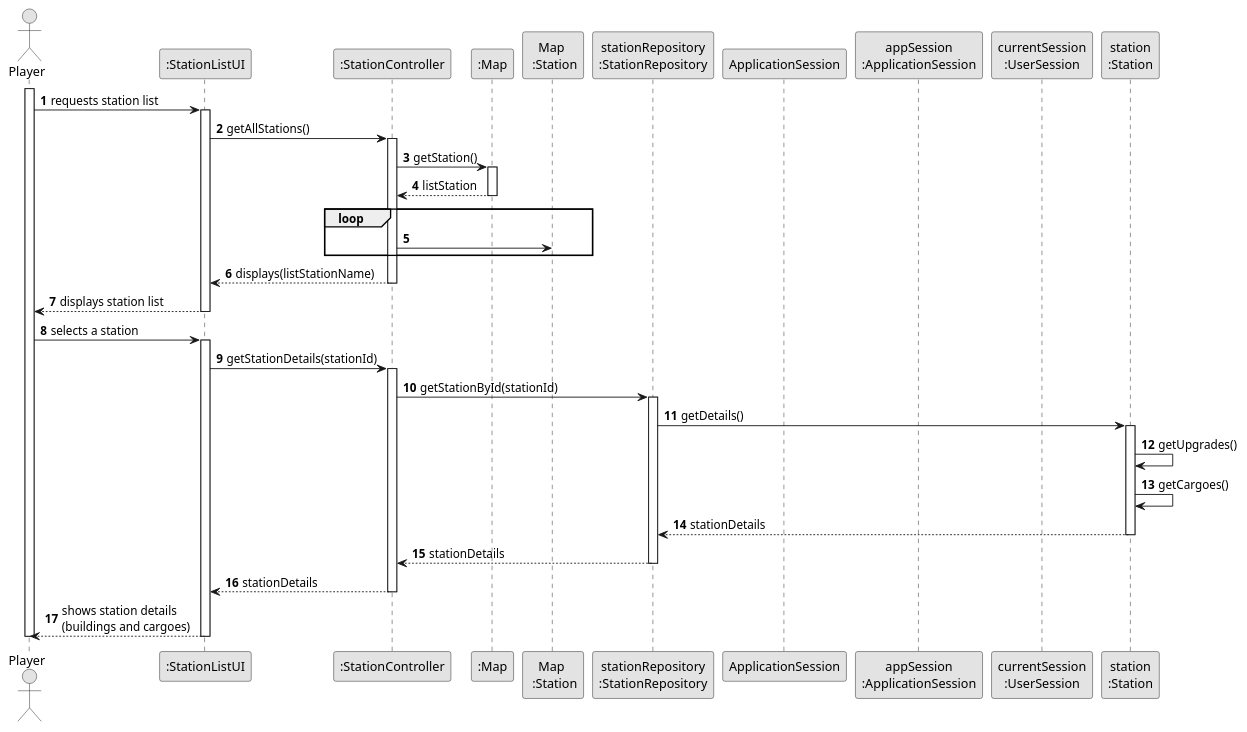
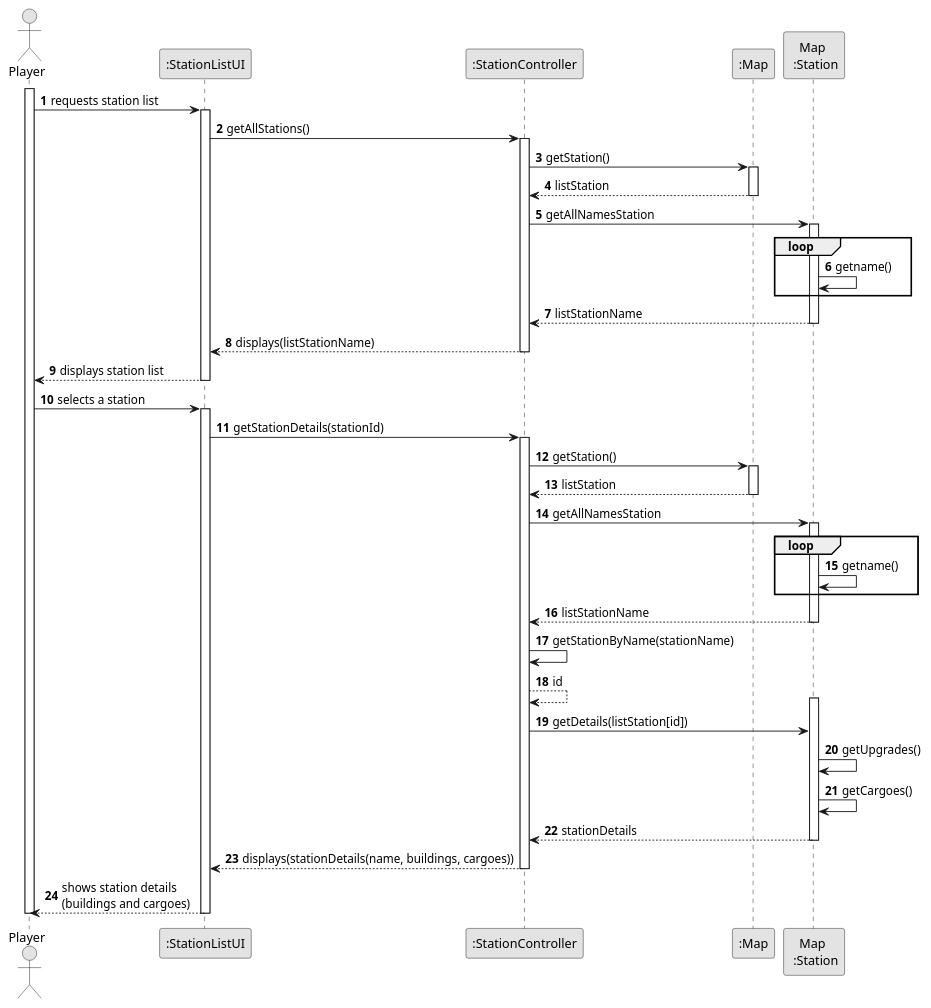
The diagram in docs/system-documentation/US007/03.design/puml/US007-SD-full.puml (1240826/empire-on-tracks), drawn with PlantUML before and after one commit. The commit also changed 1 other file, not shown here.

```diff
--- a/docs/system-documentation/US007/03.design/puml/US007-SD-full.puml
+++ b/docs/system-documentation/US007/03.design/puml/US007-SD-full.puml
@@ -1,65 +1,86 @@
 @startuml
 skinparam monochrome true
 skinparam packageStyle rectangle
 skinparam shadowing false
 
 autonumber
 
 actor "Player" as PLAYER
 participant ":StationListUI" as UI
 participant ":StationController" as CTRL
 participant ":Map" as REPOS
 participant "Map \n :Station" as REPOS_SINGLETON
-participant "stationRepository\n:StationRepository" as STATION_REPO
-participant "ApplicationSession" as APP_SESSION
-participant "appSession\n:ApplicationSession" as APP_SESSION_SINGLETON
-participant "currentSession\n:UserSession" as CURRENT_SESSION
-participant "station\n:Station" as STATION
+
+
 
 activate PLAYER
 
         PLAYER -> UI : requests station list
         activate UI
             UI -> CTRL : getAllStations()
             activate CTRL
                 CTRL -> REPOS : getStation()
                 activate REPOS
                     REPOS --> CTRL: listStation
                 deactivate REPOS
+
+                CTRL->REPOS_SINGLETON :getAllNamesStation
+                activate REPOS_SINGLETON
                 loop
-                CTRL->REPOS_SINGLETON:
+                REPOS_SINGLETON->REPOS_SINGLETON:getname()
                 end
+                REPOS_SINGLETON-->CTRL: listStationName
+
+                deactivate REPOS_SINGLETON
 
 
 
 
 
                 CTRL --> UI : displays(listStationName)
             deactivate CTRL
 
             UI --> PLAYER : displays station list
         deactivate UI
 
     PLAYER -> UI : selects a station
     activate UI
         UI -> CTRL : getStationDetails(stationId)
         activate CTRL
-            CTRL -> STATION_REPO : getStationById(stationId)
-            activate STATION_REPO
-                STATION_REPO -> STATION : getDetails()
-                activate STATION
-                    STATION -> STATION : getUpgrades()
-                    STATION -> STATION : getCargoes()
-                    STATION --> STATION_REPO : stationDetails
-                deactivate STATION
-                STATION_REPO --> CTRL : stationDetails
-            deactivate STATION_REPO
 
-            CTRL --> UI : stationDetails
+         CTRL -> REPOS : getStation()
+                        activate REPOS
+                            REPOS --> CTRL: listStation
+                        deactivate REPOS
+
+                        CTRL->REPOS_SINGLETON :getAllNamesStation
+                        activate REPOS_SINGLETON
+                        loop
+                        REPOS_SINGLETON->REPOS_SINGLETON:getname()
+                        end
+                        REPOS_SINGLETON-->CTRL: listStationName
+
+                        deactivate REPOS_SINGLETON
+
+
+
+            CTRL -> CTRL: getStationByName(stationName)
+            CTRL --> CTRL : id
+            activate REPOS_SINGLETON
+                CTRL -> REPOS_SINGLETON : getDetails(listStation[id])
+
+                    REPOS_SINGLETON -> REPOS_SINGLETON : getUpgrades()
+                    REPOS_SINGLETON -> REPOS_SINGLETON : getCargoes()
+
+
+                REPOS_SINGLETON --> CTRL : stationDetails
+                deactivate REPOS_SINGLETON
+
+            CTRL --> UI : displays(stationDetails(name, buildings, cargoes))
         deactivate CTRL
 
         UI --> PLAYER : shows station details\n(buildings and cargoes)
     deactivate UI
 
 deactivate PLAYER
 @enduml
```
